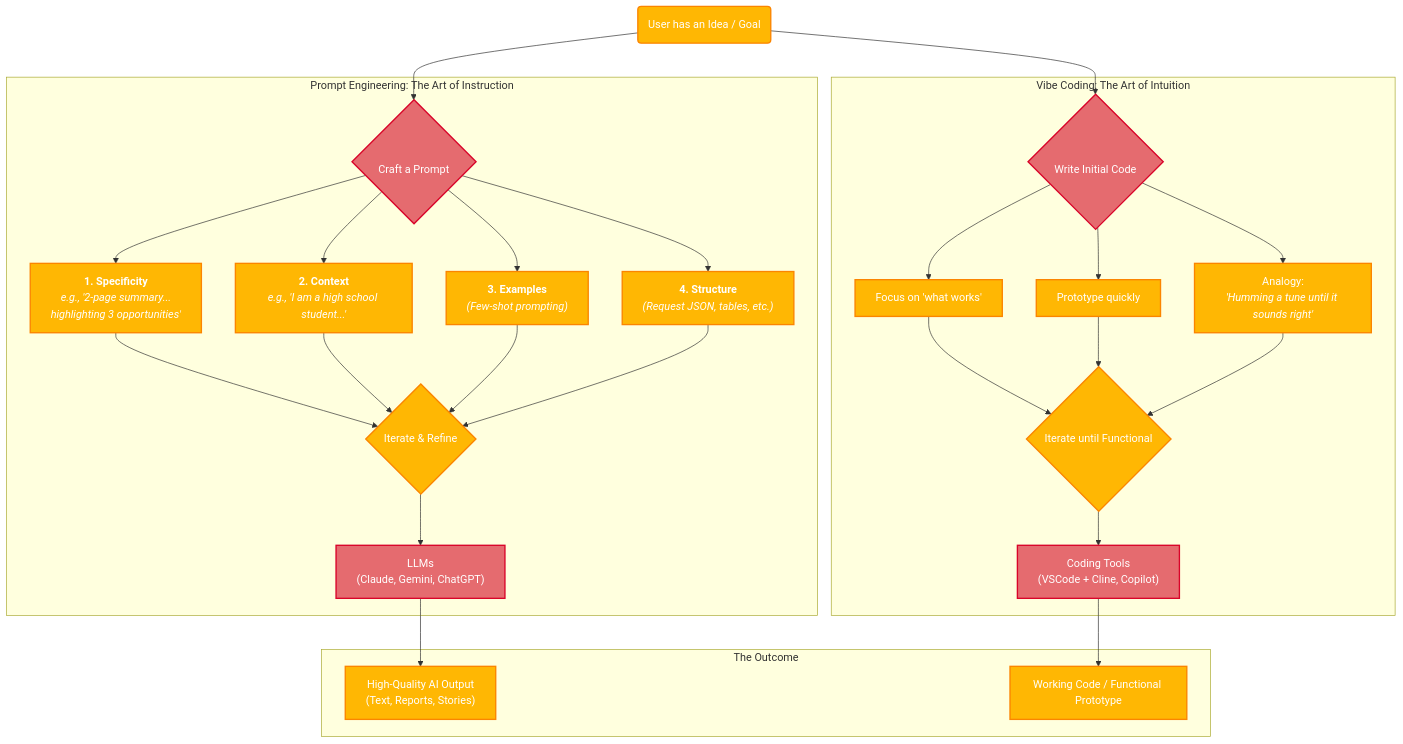
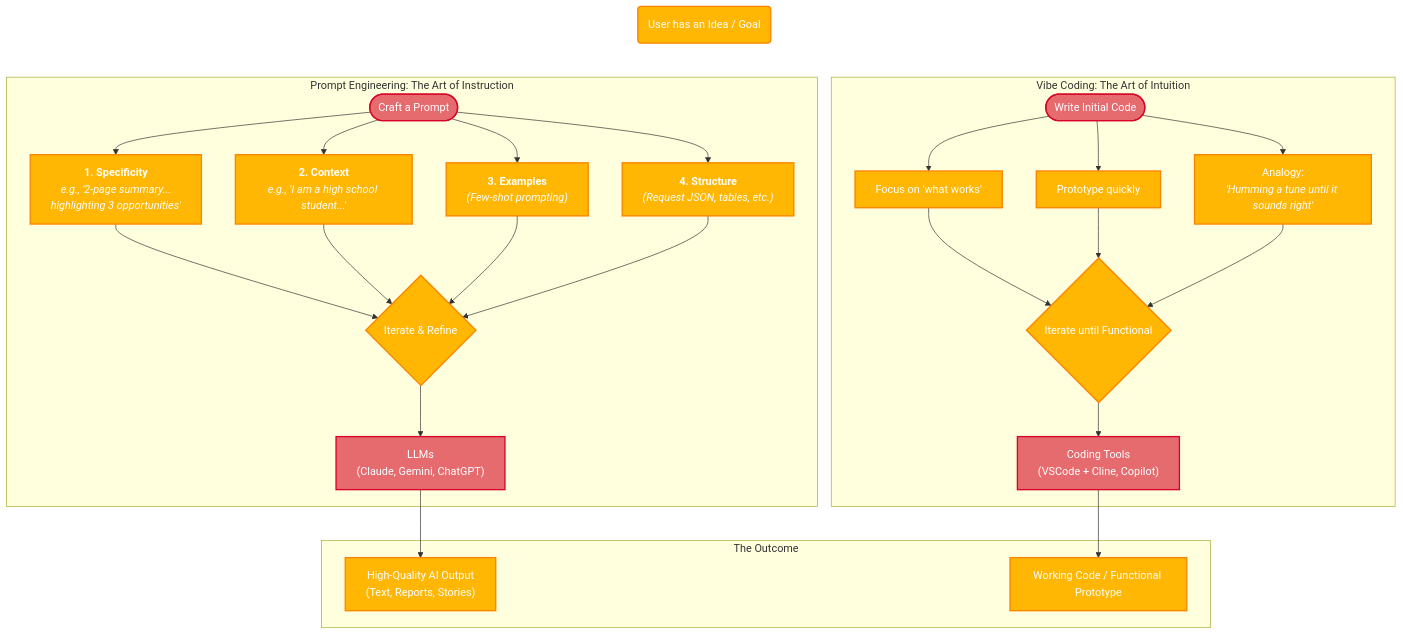
Before and after one commit to anvita-kar-git/Anvita-Kar-KEYS-2025: the diagram in docs/promptengineering.md, drawn with Mermaid.

````diff
--- a/docs/promptengineering.md
+++ b/docs/promptengineering.md
@@ -28,53 +28,54 @@
 ```mermaid
    graph TD
     %% --- Style Definitions ---
     classDef redTheme fill:#E56B6F,stroke:#D90429,stroke-width:2px,color:#fff
     classDef orangeTheme fill:#FFB703,stroke:#FB8500,stroke-width:2px,color:#fff
 
     %% --- Chart Structure ---
     A(User has an Idea / Goal)
 
     subgraph "Prompt Engineering: The Art of Instruction"
         %% CORRECTED: Added a line break before the text to create top padding
-        B{"<br/>Craft a Prompt"}
+        B(["Craft a Prompt"])
         C1["<b>1. Specificity</b><br/><i>e.g., '2-page summary...<br/>highlighting 3 opportunities'</i>"]
         C2["<b>2. Context</b><br/><i>e.g., 'I am a high school student...'</i>"]
         C3["<b>3. Examples</b><br/><i>(Few-shot prompting)</i>"]
         C4["<b>4. Structure</b><br/><i>(Request JSON, tables, etc.)</i>"]
         D{Iterate & Refine}
-        E["LLMs<br/>(Claude, Gemini, ChatGPT)<br/> "]
+        E["LLMs<br/>(Claude, Gemini, ChatGPT)<br/>"]
     end
 
     subgraph "Vibe Coding: The Art of Intuition"
+        
         %% CORRECTED: Added a line break before the text to create top padding
-        F{"<br/>Write Initial Code"}
+        F(["Write Initial Code"])
         G["Focus on 'what works'"]
         H["Prototype quickly"]
         I["Analogy:<br/><i>'Humming a tune until it sounds right'</i>"]
         J{Iterate until Functional}
         K["Coding Tools<br/>(VSCode + Cline, Copilot)<br/> "]
     end
 
     subgraph "The Outcome"
         L["High-Quality AI Output<br/>(Text, Reports, Stories)<br/> "]
         M["Working Code / Functional Prototype<br/> "]
     end
 
     %% --- Flow Logic (This remains simple and correct) ---
-    A --> B & F
-    
+    A ~~~ B & F
+
     B --> C1 & C2 & C3 & C4
     C1 & C2 & C3 & C4 --> D
     D --> E
     
     F --> G & H & I
     G & H & I --> J
     J --> K
     
     E --> L
     K --> M
 
     %% --- Apply Node Styles ---
     class B,F,E,K redTheme
     class A,C1,C2,C3,C4,G,H,I,D,J,L,M orangeTheme
 ```
````
